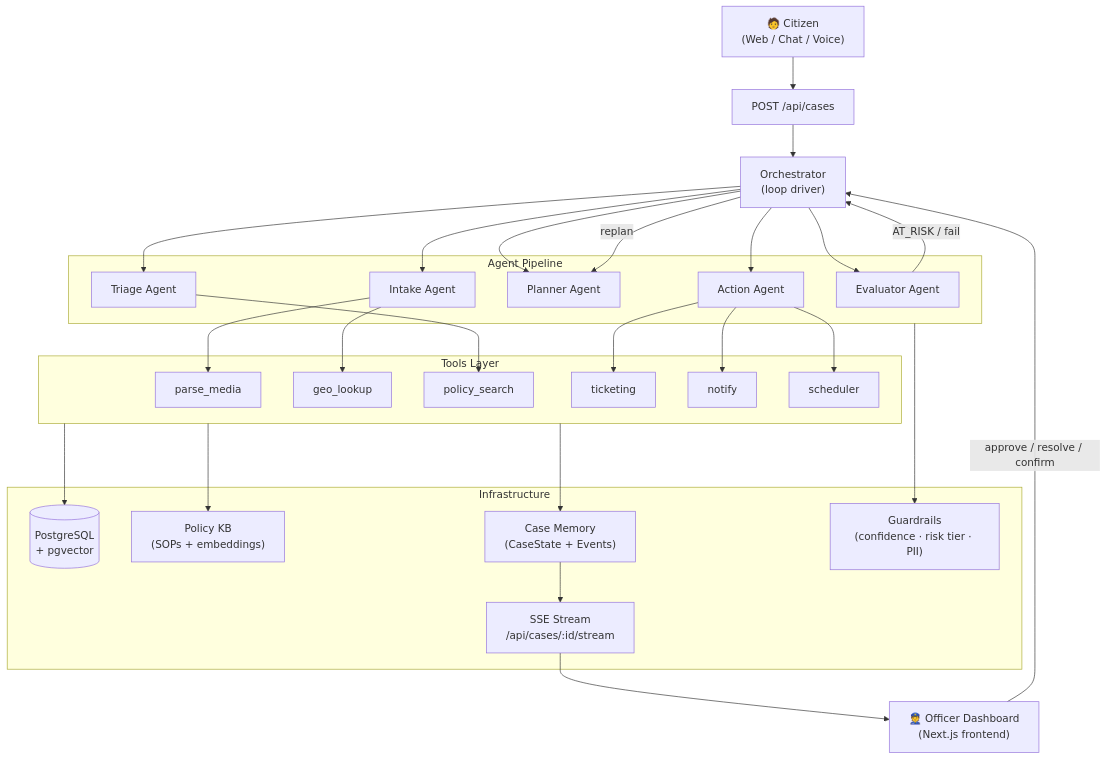
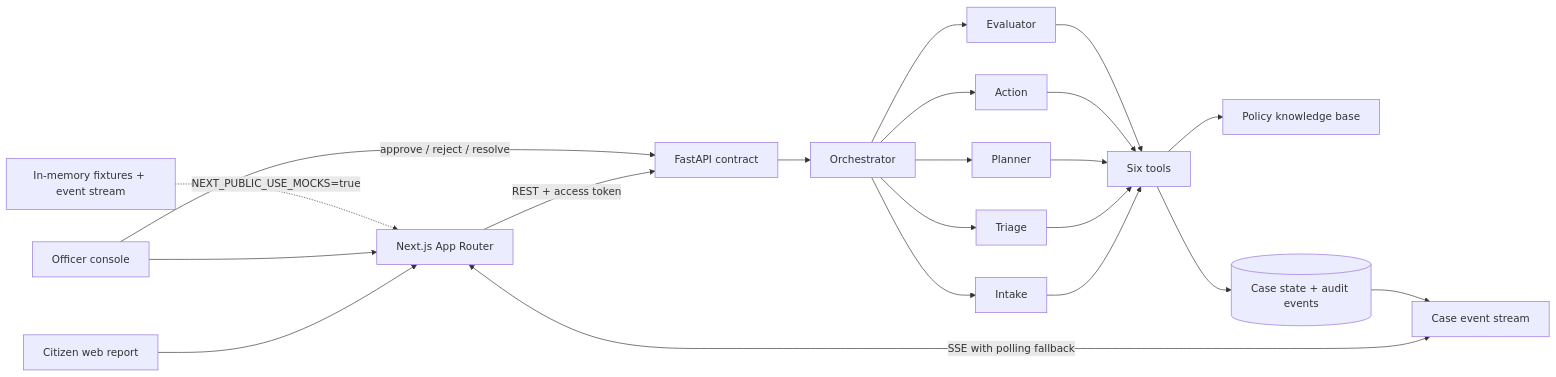
The diagram in docs/README.md (AYUSH-KAVYA/civicPilot), drawn with Mermaid before and after one commit. The commit also changed other lines of this file and 26 other files, not shown here.

Commit message:
feat(p4): complete citizen and officer frontend

````diff
--- a/docs/README.md
+++ b/docs/README.md
@@ -80,48 +15,23 @@
 ```mermaid
-flowchart TD
-    citizen["🧑 Citizen\n(Web / Chat / Voice)"]
-    report["POST /api/cases"]
-    orchestrator["Orchestrator\n(loop driver)"]
-
-    subgraph agents["Agent Pipeline"]
-        intake["Intake Agent"]
-        triage["Triage Agent"]
-        planner["Planner Agent"]
-        action["Action Agent"]
-        evaluator["Evaluator Agent"]
-    end
-
-    subgraph tools["Tools Layer"]
-        parse_media["parse_media"]
-        geo_lookup["geo_lookup"]
-        policy_search["policy_search"]
-        ticketing["ticketing"]
-        notify["notify"]
-        scheduler["scheduler"]
-    end
-
-    subgraph infra["Infrastructure"]
-        db[(PostgreSQL\n+ pgvector)]
-        kb["Policy KB\n(SOPs + embeddings)"]
-        memory["Case Memory\n(CaseState + Events)"]
-        sse["SSE Stream\n/api/cases/:id/stream"]
-        guardrails["Guardrails\n(confidence · risk tier · PII)"]
-    end
-
-    officer["👮 Officer Dashboard\n(Next.js frontend)"]
-
-    citizen --> report --> orchestrator
-    orchestrator --> intake --> parse_media & geo_lookup
-    orchestrator --> triage --> policy_search
-    orchestrator --> planner
-    orchestrator --> action --> ticketing & notify & scheduler
-    orchestrator --> evaluator
-
-    evaluator -->|"AT_RISK / fail"| orchestrator
-    orchestrator -->|"replan"| planner
-
-    agents --> guardrails
-    tools --> db & kb & memory
-    memory --> sse --> officer
-    officer -->|"approve / resolve / confirm"| orchestrator
+flowchart LR
+  citizen[Citizen web report] --> ui[Next.js App Router]
+  ui -->|REST + access token| api[FastAPI contract]
+  ui <-->|SSE with polling fallback| events[Case event stream]
+  api --> orchestrator[Orchestrator]
+  orchestrator --> intake[Intake]
+  orchestrator --> triage[Triage]
+  orchestrator --> planner[Planner]
+  orchestrator --> action[Action]
+  orchestrator --> evaluator[Evaluator]
+  intake --> tools[Six tools]
+  triage --> tools
+  planner --> tools
+  action --> tools
+  evaluator --> tools
+  tools --> policy[Policy knowledge base]
+  tools --> memory[(Case state + audit events)]
+  memory --> events
+  officer[Officer console] --> ui
+  officer -->|approve / reject / resolve| api
+  mocks[In-memory fixtures + event stream] -. NEXT_PUBLIC_USE_MOCKS=true .-> ui
 ```
````
